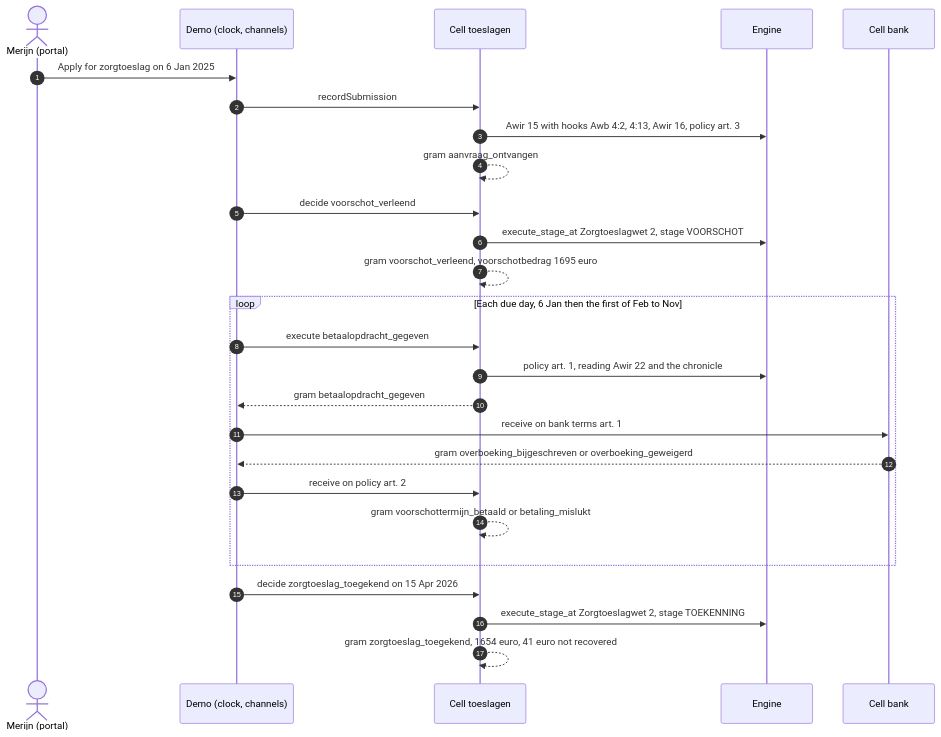
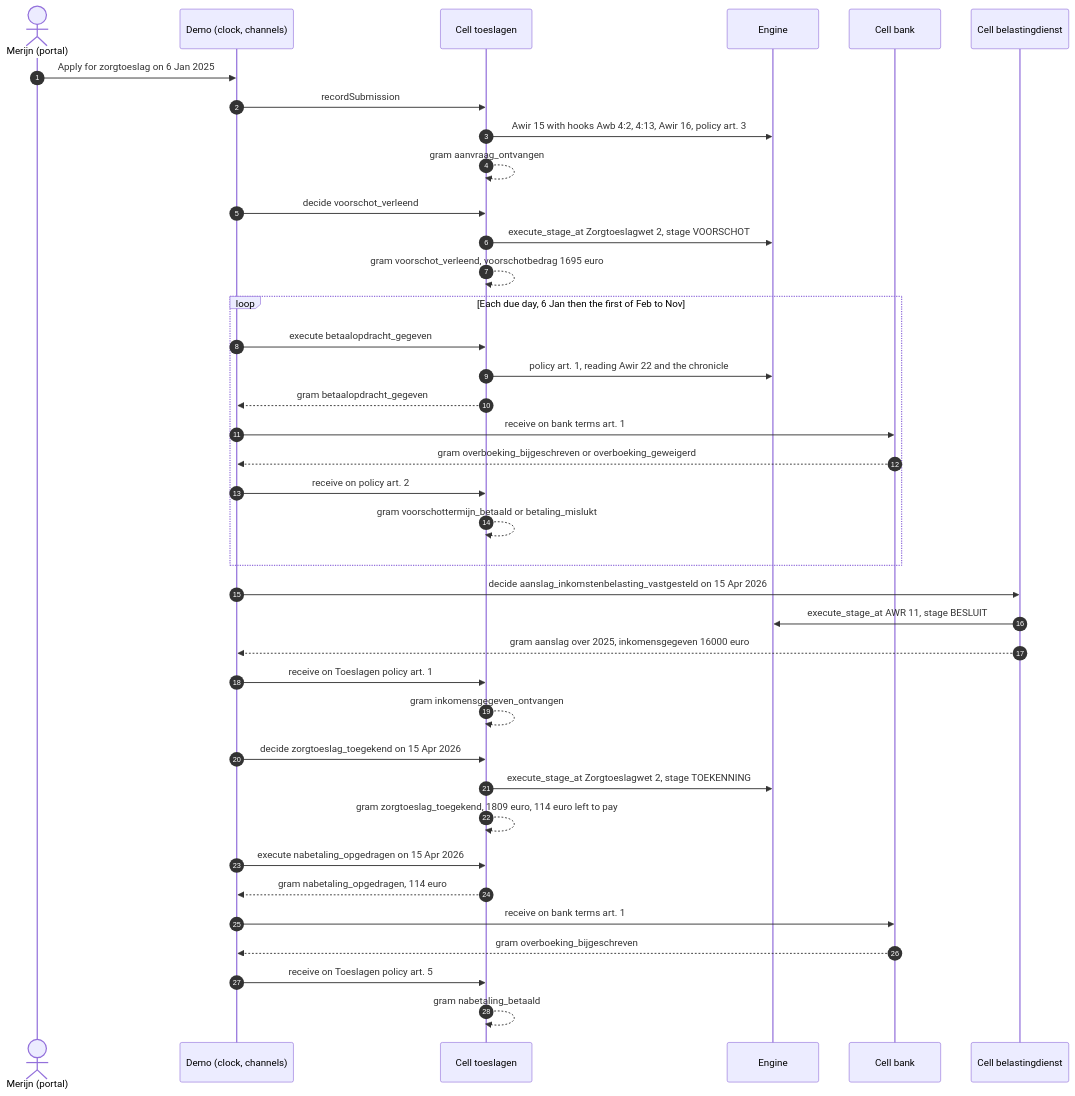
One commit to MinBZK/regelrecht changed the second of 2 diagrams in docs/src/content/docs/components/zorgtoeslag-chronolexography.md. Above: the diagram before and after it, drawn with Mermaid. The commit also changed other lines of this file and 2 other files, not shown here.

Commit message:
docs(demo): de aanslag van de Belastingdienst en de afrekening in de ontwerpnotitie en de demo-docs

````diff
--- a/docs/src/content/docs/components/zorgtoeslag-chronolexography.md
+++ b/docs/src/content/docs/components/zorgtoeslag-chronolexography.md
@@ -185,28 +200,40 @@
 ```mermaid
 sequenceDiagram
   autonumber
   actor M as Merijn (portal)
   participant D as Demo (clock, channels)
   participant T as Cell toeslagen
   participant E as Engine
   participant B as Cell bank
+  participant I as Cell belastingdienst
   M->>D: Apply for zorgtoeslag on 6 Jan 2025
   D->>T: recordSubmission
   T->>E: Awir 15 with hooks Awb 4:2, 4:13, Awir 16, policy art. 3
   T-->>T: gram aanvraag_ontvangen
   D->>T: decide voorschot_verleend
   T->>E: execute_stage_at Zorgtoeslagwet 2, stage VOORSCHOT
   T-->>T: gram voorschot_verleend, voorschotbedrag 1695 euro
   loop Each due day, 6 Jan then the first of Feb to Nov
     D->>T: execute betaalopdracht_gegeven
     T->>E: policy art. 1, reading Awir 22 and the chronicle
     T-->>D: gram betaalopdracht_gegeven
     D->>B: receive on bank terms art. 1
     B-->>D: gram overboeking_bijgeschreven or overboeking_geweigerd
     D->>T: receive on policy art. 2
     T-->>T: gram voorschottermijn_betaald or betaling_mislukt
   end
+  D->>I: decide aanslag_inkomstenbelasting_vastgesteld on 15 Apr 2026
+  I->>E: execute_stage_at AWR 11, stage BESLUIT
+  I-->>D: gram aanslag over 2025, inkomensgegeven 16000 euro
+  D->>T: receive on Toeslagen policy art. 1
+  T-->>T: gram inkomensgegeven_ontvangen
   D->>T: decide zorgtoeslag_toegekend on 15 Apr 2026
   T->>E: execute_stage_at Zorgtoeslagwet 2, stage TOEKENNING
-  T-->>T: gram zorgtoeslag_toegekend, 1654 euro, 41 euro not recovered
+  T-->>T: gram zorgtoeslag_toegekend, 1809 euro, 114 euro left to pay
+  D->>T: execute nabetaling_opgedragen on 15 Apr 2026
+  T-->>D: gram nabetaling_opgedragen, 114 euro
+  D->>B: receive on bank terms art. 1
+  B-->>D: gram overboeking_bijgeschreven
+  D->>T: receive on Toeslagen policy art. 5
+  T-->>T: gram nabetaling_betaald
 ```
````
